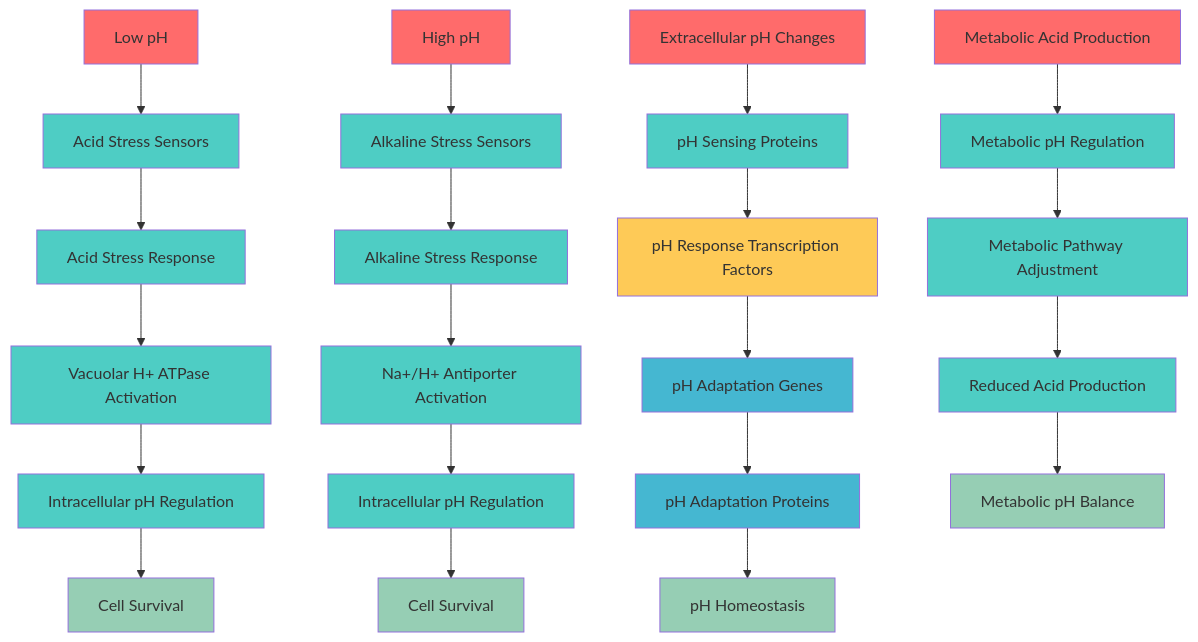
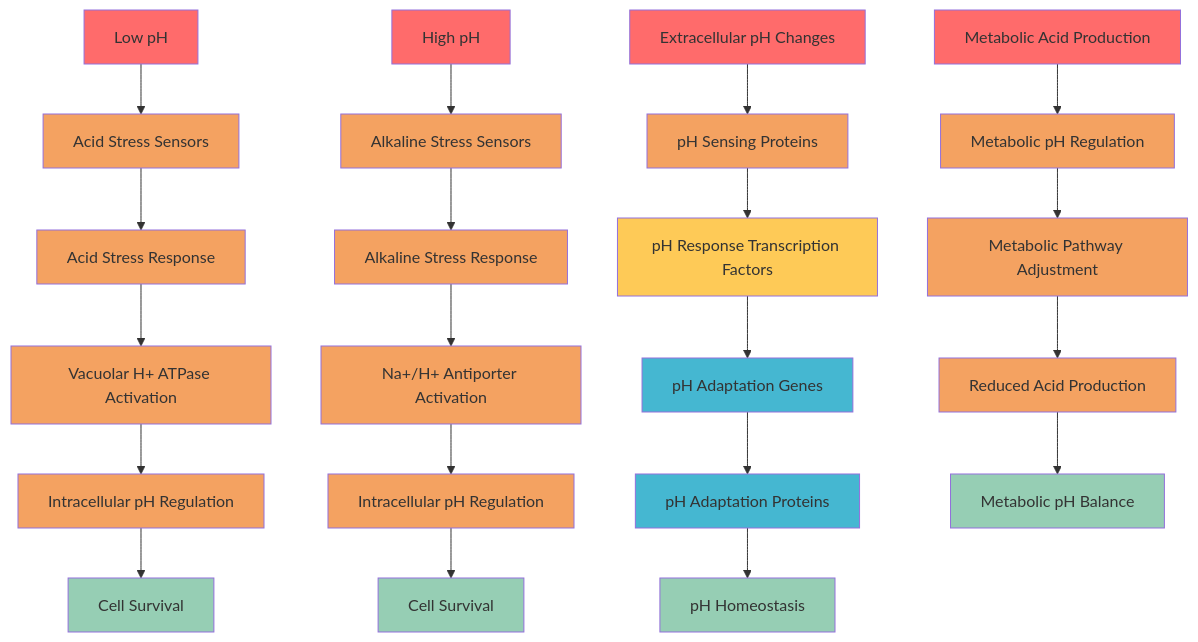
One commit to garywelz/glmp changed the diagram in old_junk_files/batch13_02_ph_adaptation.mmd. Above: the diagram before and after it, drawn with Mermaid. The commit also changed 252 other files, not shown here.

Commit message:
Palette migration: replace teal with orange for catalysts across Mermaid HTML/MMD; update legends, strokes, and narrative text; unify emojis and theme variables

```diff
--- a/old_junk_files/batch13_02_ph_adaptation.mmd
+++ b/old_junk_files/batch13_02_ph_adaptation.mmd
@@ -1,47 +1,47 @@
 graph TD
     A[Low pH] --> B[Acid Stress Sensors]
     B --> C[Acid Stress Response]
     C --> D[Vacuolar H+ ATPase Activation]
     D --> E[Intracellular pH Regulation]
     E --> F[Cell Survival]
     
     G[High pH] --> H[Alkaline Stress Sensors]
     H --> I[Alkaline Stress Response]
     I --> J[Na+/H+ Antiporter Activation]
     J --> K[Intracellular pH Regulation]
     K --> L[Cell Survival]
     
     M[Extracellular pH Changes] --> N[pH Sensing Proteins]
     N --> O[pH Response Transcription Factors]
     O --> P[pH Adaptation Genes]
     P --> Q[pH Adaptation Proteins]
     Q --> R[pH Homeostasis]
     
     S[Metabolic Acid Production] --> T[Metabolic pH Regulation]
     T --> U[Metabolic Pathway Adjustment]
     U --> V[Reduced Acid Production]
     V --> W[Metabolic pH Balance]
     
     style A fill:#ff6b6b
-    style B fill:#4ecdc4
-    style C fill:#4ecdc4
-    style D fill:#4ecdc4
-    style E fill:#4ecdc4
+    style B fill:#f4a261
+    style C fill:#f4a261
+    style D fill:#f4a261
+    style E fill:#f4a261
     style F fill:#96ceb4
     style G fill:#ff6b6b
-    style H fill:#4ecdc4
-    style I fill:#4ecdc4
-    style J fill:#4ecdc4
-    style K fill:#4ecdc4
+    style H fill:#f4a261
+    style I fill:#f4a261
+    style J fill:#f4a261
+    style K fill:#f4a261
     style L fill:#96ceb4
     style M fill:#ff6b6b
-    style N fill:#4ecdc4
+    style N fill:#f4a261
     style O fill:#feca57
     style P fill:#45b7d1
     style Q fill:#45b7d1
     style R fill:#96ceb4
     style S fill:#ff6b6b
-    style T fill:#4ecdc4
-    style U fill:#4ecdc4
-    style V fill:#4ecdc4
+    style T fill:#f4a261
+    style U fill:#f4a261
+    style V fill:#f4a261
     style W fill:#96ceb4
```
